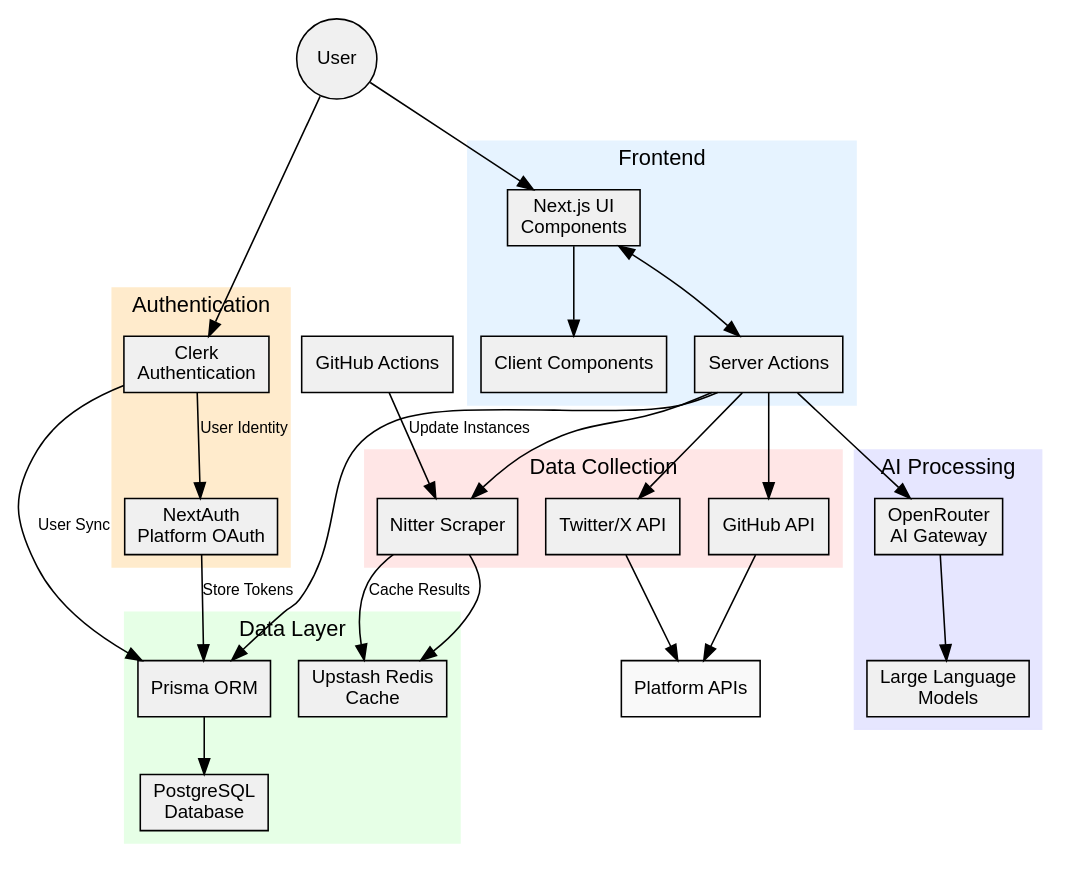
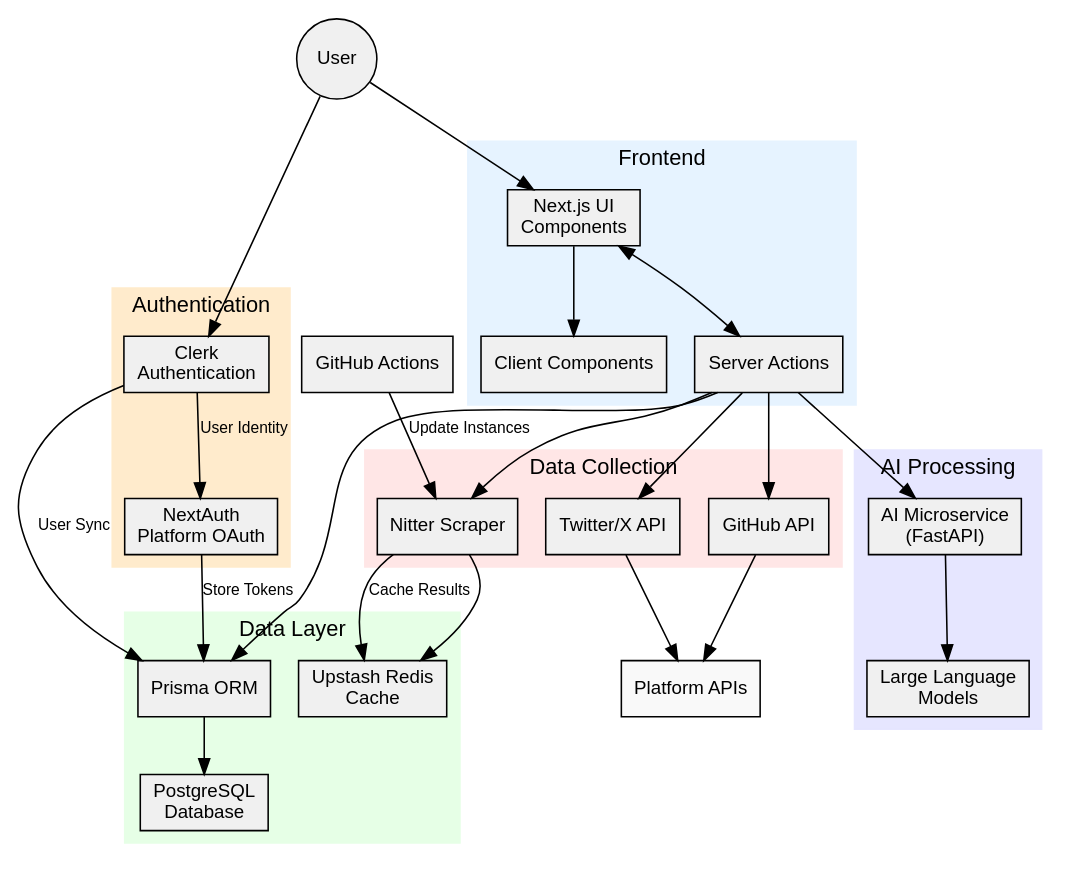
Before and after one commit to pranshu0604/orm: the diagram in public/platform-architecture.dot, drawn with Graphviz. The commit also changed 20 other files, not shown here.

```diff
--- a/public/platform-architecture.dot
+++ b/public/platform-architecture.dot
@@ -1,95 +1,95 @@
 digraph G {
     rankdir=TB;
     node [shape=box, style="filled", fillcolor="#f0f0f0", fontname="Arial", fontsize=12];
     edge [fontname="Arial", fontsize=10];
     
     subgraph cluster_frontend {
         label="Frontend";
         style=filled;
         color="#e6f3ff";
         fontname="Arial";
         
         UI [label="Next.js UI\nComponents"];
         ServerActions [label="Server Actions"];
         ClientComponents [label="Client Components"];
         
         UI -> ServerActions [dir=both];
         UI -> ClientComponents;
     }
     
     subgraph cluster_auth {
         label="Authentication";
         style=filled;
         color="#ffebcc";
         fontname="Arial";
         
         Clerk [label="Clerk\nAuthentication"];
         NextAuth [label="NextAuth\nPlatform OAuth"];
         
         Clerk -> NextAuth [label="User Identity"];
     }
     
     subgraph cluster_data {
         label="Data Layer";
         style=filled;
         color="#e6ffe6";
         fontname="Arial";
         
         Prisma [label="Prisma ORM"];
         Database [label="PostgreSQL\nDatabase"];
         Redis [label="Upstash Redis\nCache"];
         
         Prisma -> Database;
     }
     
     subgraph cluster_scrapers {
         label="Data Collection";
         style=filled;
         color="#ffe6e6";
         fontname="Arial";
         
         NitterScraper [label="Nitter Scraper"];
         TwitterAPI [label="Twitter/X API"];
         GithubAPI [label="GitHub API"];
     }
     
     subgraph cluster_ai {
         label="AI Processing";
         style=filled;
         color="#e6e6ff";
         fontname="Arial";
         
-        OpenRouter [label="OpenRouter\nAI Gateway"];
+        AIMicroservice [label="AI Microservice\n(FastAPI)"];
         LLMs [label="Large Language\nModels"];
         
-        OpenRouter -> LLMs;
+        AIMicroservice -> LLMs;
     }
     
     // External connections
     User [shape=circle, label="User"];
     
     PlatformAPIs [shape=cloud, label="Platform APIs", fillcolor="#f9f9f9"];
     
     // Main connections
     User -> UI;
     User -> Clerk;
     
     ServerActions -> Prisma;
     ServerActions -> NitterScraper;
     ServerActions -> TwitterAPI;
     ServerActions -> GithubAPI;
-    ServerActions -> OpenRouter;
+    ServerActions -> AIMicroservice;
     
     NitterScraper -> Redis;
     
     Clerk -> Prisma [label="User Sync"];
     NextAuth -> Prisma [label="Store Tokens"];
     
     TwitterAPI -> PlatformAPIs;
     GithubAPI -> PlatformAPIs;
     
     // GitHub Actions
     GithubActions [shape=cog, label="GitHub Actions"];
     GithubActions -> NitterScraper [label="Update Instances"];
     NitterScraper -> Redis [label="Cache Results"];
 }
```
